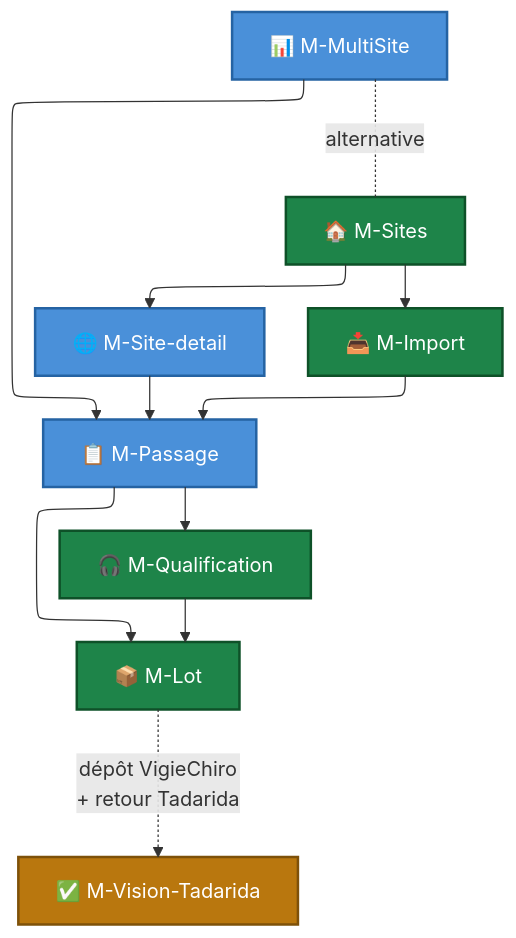
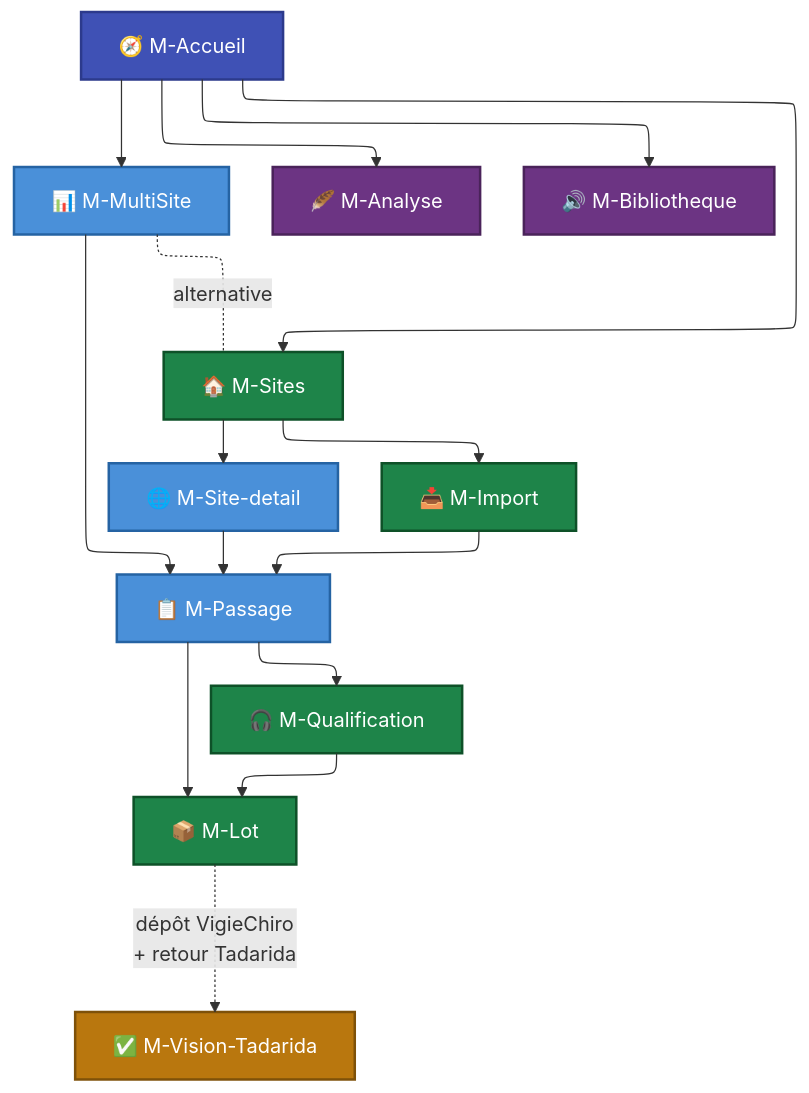
Before and after one commit to IUTInfoAix-S201/brief: the diagram in docs/Analyse et conception/Maquettes/index.md, drawn with Mermaid. The commit also changed other lines of this file and 2 other files, not shown here.

Commit message:
refonte(maquette): nouvelle M-Accueil (lanceur à deux prismes) (#17)
L accueil réel (MainView.fxml) n était pas maquetté : hero nocturne + tableau
de bord de compteurs + deux sections-prismes de cartes d activité. Tous les
écrans avaient « Accueil › … » dans leur fil d Ariane sans que le lanceur
existe.

- M-Accueil : hero (titre, sous-titre « deux entrées », 4 compteurs Sites /
  Points / Passages / Observations) + prismes « Collecte & passages » (Mes
  sites, Carte & passages) et « Espèces & biodiversité » (Espèces &
  observations, Bibliothèque de sons) ; couleurs/icônes des cartes fidèles aux
  ActiviteAccueil ; notes sur l inversion de dépendance (Multibinder Guice).
- index.md : ligne cartographie M-Accueil, type M-Sites corrigé (« Vue
  principale », plus « accueil »), nœud Accueil + entrées biodiversité au
  diagramme de navigation.
- mkdocs.yml : M-Accueil en tête de la nav Maquettes ; suppression du doublon
  « Vue d ensemble ».

````diff
--- a/docs/Analyse et conception/Maquettes/index.md
+++ b/docs/Analyse et conception/Maquettes/index.md
@@ -47,30 +48,41 @@
 ```mermaid
 %%{init: {"flowchart": {"defaultRenderer": "elk"}, "themeCSS": ".nodeLabel, .nodeLabel p, .nodeLabel span { color: #fff !important; fill: #fff !important; }"}}%%
 flowchart TB
+    Accueil[🧭 M-Accueil]
     Sites[🏠 M-Sites]
     MultiSite[📊 M-MultiSite]
     Detail[🌐 M-Site-detail]
     Import[📥 M-Import]
     Passage[📋 M-Passage]
     Qualif[🎧 M-Qualification]
     Lot[📦 M-Lot]
     Tadarida[✅ M-Vision-Tadarida]
+    Analyse[🪶 M-Analyse]
+    Biblio[🔊 M-Bibliotheque]
 
+    Accueil --> Sites
+    Accueil --> MultiSite
+    Accueil --> Analyse
+    Accueil --> Biblio
     Sites --> Detail
     Sites --> Import
     MultiSite -.alternative.- Sites
     Detail --> Passage
     Import --> Passage
     MultiSite --> Passage
     Passage --> Qualif
     Qualif --> Lot
     Passage --> Lot
     Lot -.dépôt VigieChiro<br/>+ retour Tadarida.-> Tadarida
 
+    classDef accueil fill:#3f51b5,stroke:#2c3a8c,color:#fff,stroke-width:2px
     classDef main fill:#1e8449,stroke:#0e5128,color:#fff,stroke-width:2px
     classDef detail fill:#4a90d9,stroke:#2563a3,color:#fff,stroke-width:2px
     classDef etiree fill:#b9770e,stroke:#7e5109,color:#fff,stroke-width:2px
+    classDef biodiv fill:#6c3483,stroke:#4a235a,color:#fff,stroke-width:2px
+    class Accueil accueil
     class Sites,Import,Qualif,Lot main
     class Detail,Passage,MultiSite detail
     class Tadarida etiree
+    class Analyse,Biblio biodiv
 ```
````
